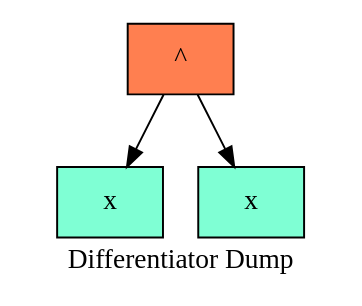
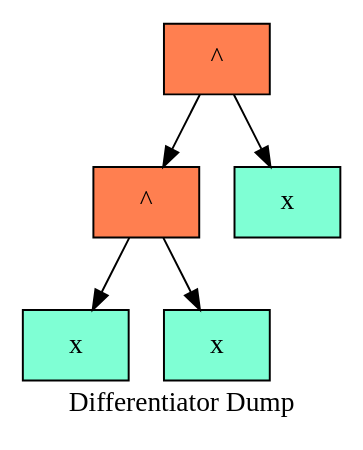
One commit to aidenfmunro/Differentiator changed the diagram in log/dot/treegraph_0.dot. Above: the diagram before and after it, drawn with Graphviz. The commit also changed 9 other files, not shown here.

```diff
--- a/log/dot/treegraph_0.dot
+++ b/log/dot/treegraph_0.dot
@@ -1,11 +1,15 @@
   digraph tree  {
   node[   shape     = "Mrecord",  style     = "filled",  fillcolor = "aqua",  fontcolor = "#000000",  margin    = "0.075"];
   rankdir   = "TB";
 
   label     = "Differentiator Dump";
 "node0" [shape = "record", label = "{^}", fillcolor = "coral"]
-"node1" [shape = "record", label = "{x}", fillcolor = "aquamarine"]
+"node1" [shape = "record", label = "{^}", fillcolor = "coral"]
+"node2" [shape = "record", label = "{x}", fillcolor = "aquamarine"]
+"node1" -> "node2"
+"node3" [shape = "record", label = "{x}", fillcolor = "aquamarine"]
+"node1" -> "node3"
 "node0" -> "node1"
-"node2" [shape = "record", label = "{x}", fillcolor = "aquamarine"]
-"node0" -> "node2"
+"node4" [shape = "record", label = "{x}", fillcolor = "aquamarine"]
+"node0" -> "node4"
   }
```
